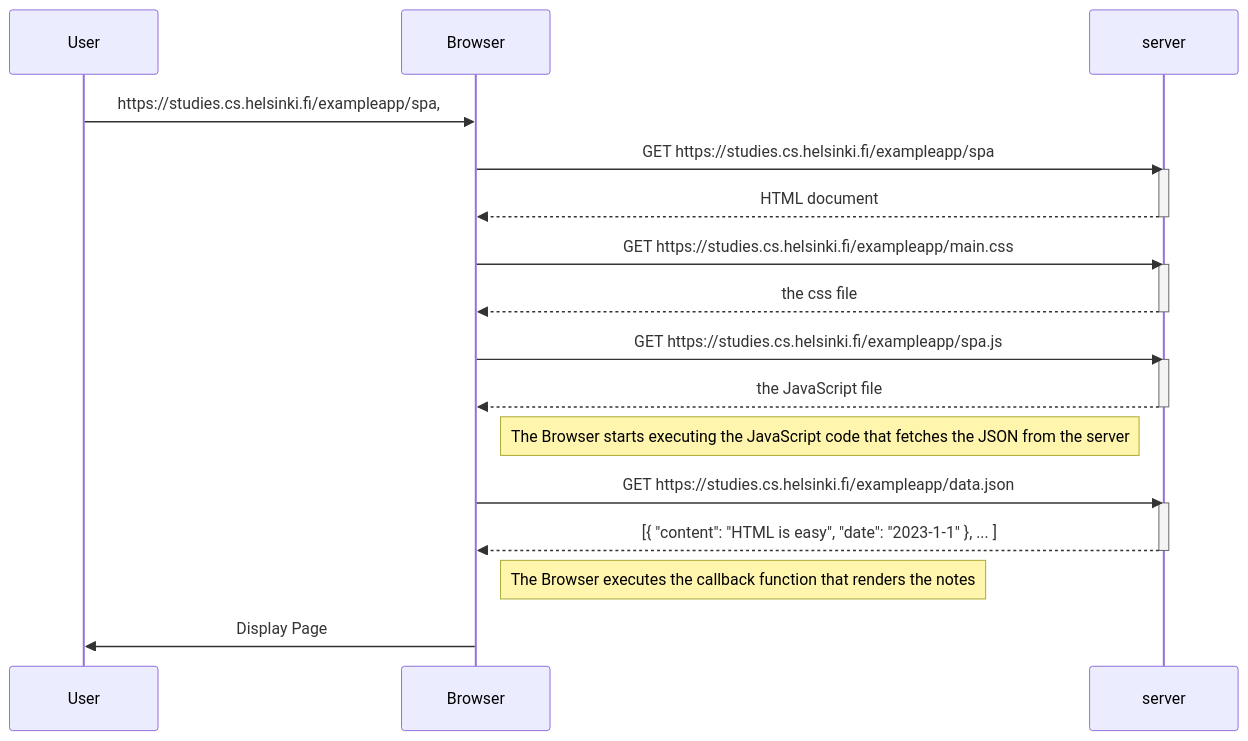
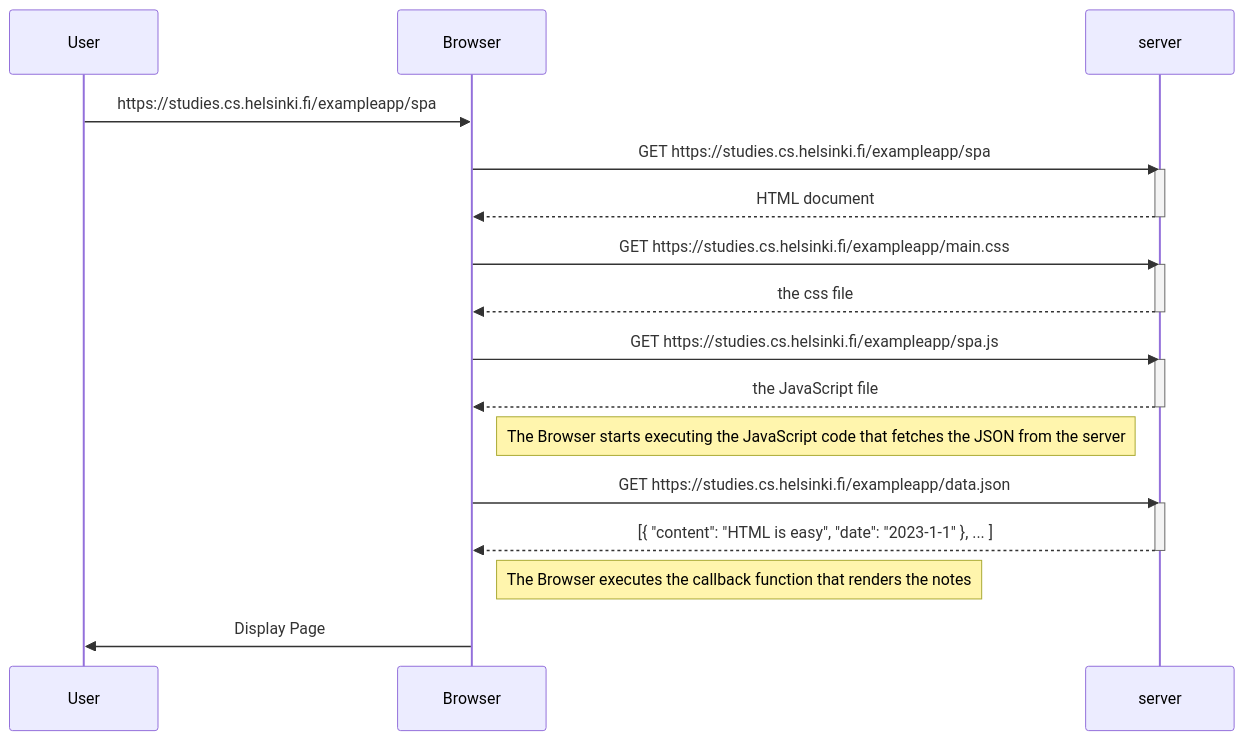
One commit to Pranathii04/Webde changed the diagram in osa0/t-0-d1.md. Above: the diagram before and after it, drawn with Mermaid.

Commit message:
Fix formatting of sequence diagram URL

````diff
--- a/osa0/t-0-d1.md
+++ b/osa0/t-0-d1.md
@@ -7,33 +7,33 @@
 ```mermaid
 sequenceDiagram
     participant User 
     participant Browser
     participant server 
-    User->>Browser: https://studies.cs.helsinki.fi/exampleapp/spa,
+    User->>Browser: https://studies.cs.helsinki.fi/exampleapp/spa
     
     Browser->>server: GET https://studies.cs.helsinki.fi/exampleapp/spa
     activate server
     server-->>Browser: HTML document
     deactivate server
     
     Browser->>server: GET https://studies.cs.helsinki.fi/exampleapp/main.css
     activate server
     server-->>Browser: the css file
     deactivate server
     
     Browser->>server: GET https://studies.cs.helsinki.fi/exampleapp/spa.js
     activate server
     server-->>Browser: the JavaScript file
     deactivate server
 
      Note right of Browser: The Browser starts executing the JavaScript code that fetches the JSON from the server
      
     Browser->>server: GET https://studies.cs.helsinki.fi/exampleapp/data.json
     activate server
     server-->>Browser: [{ "content": "HTML is easy", "date": "2023-1-1" }, ... ]
     deactivate server    
 
     Note right of Browser: The Browser executes the callback function that renders the notes 
     
     Browser->>User: Display Page
 ```
````
